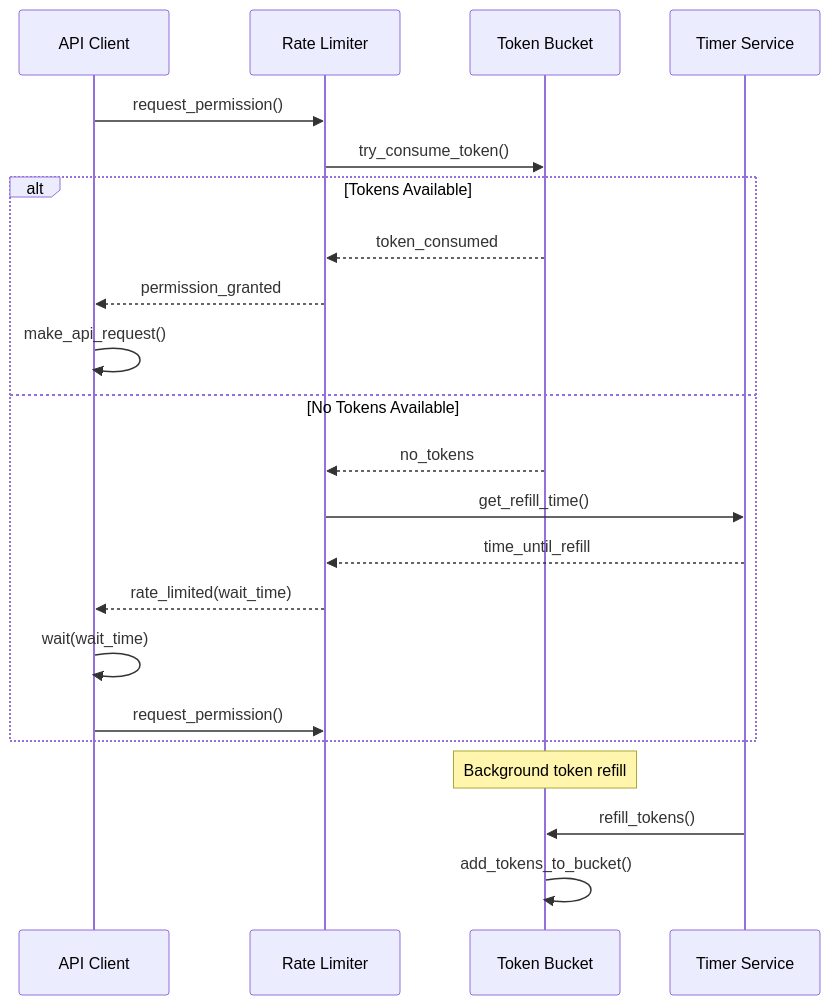
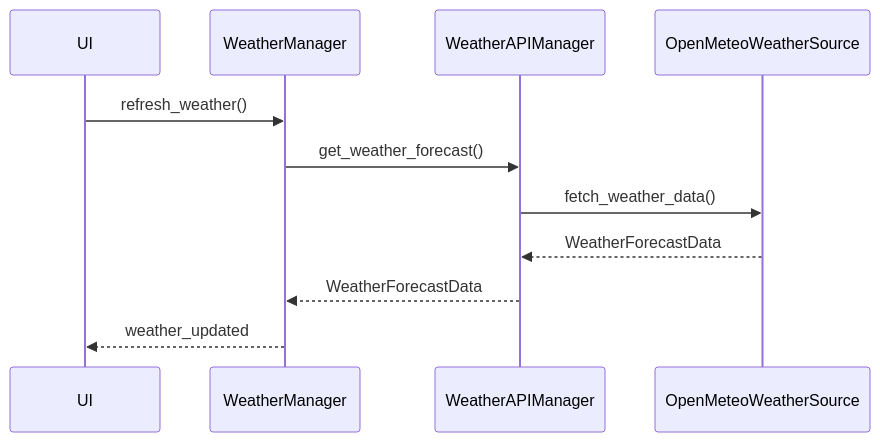
One commit to oernster/Trainer changed the diagram in docs/api-integration.md. Above: the diagram before and after it, drawn with Mermaid. The commit also changed other lines of this file and 13 other files, not shown here.

````diff
--- a/docs/api-integration.md
+++ b/docs/api-integration.md
@@ -776,27 +23,13 @@
 ```mermaid
 sequenceDiagram
-    participant Client as API Client
-    participant RL as Rate Limiter
-    participant TB as Token Bucket
-    participant Timer as Timer Service
-    
-    Client->>RL: request_permission()
-    RL->>TB: try_consume_token()
-    
-    alt Tokens Available
-        TB-->>RL: token_consumed
-        RL-->>Client: permission_granted
-        Client->>Client: make_api_request()
-    else No Tokens Available
-        TB-->>RL: no_tokens
-        RL->>Timer: get_refill_time()
-        Timer-->>RL: time_until_refill
-        RL-->>Client: rate_limited(wait_time)
-        Client->>Client: wait(wait_time)
-        Client->>RL: request_permission()
-    end
-    
-    Note over TB: Background token refill
-    Timer->>TB: refill_tokens()
-    TB->>TB: add_tokens_to_bucket()
+    participant UI as UI
+    participant WM as WeatherManager
+    participant API as WeatherAPIManager
+    participant SRC as OpenMeteoWeatherSource
+    UI->>WM: refresh_weather()
+    WM->>API: get_weather_forecast()
+    API->>SRC: fetch_weather_data()
+    SRC-->>API: WeatherForecastData
+    API-->>WM: WeatherForecastData
+    WM-->>UI: weather_updated
 ```
````
